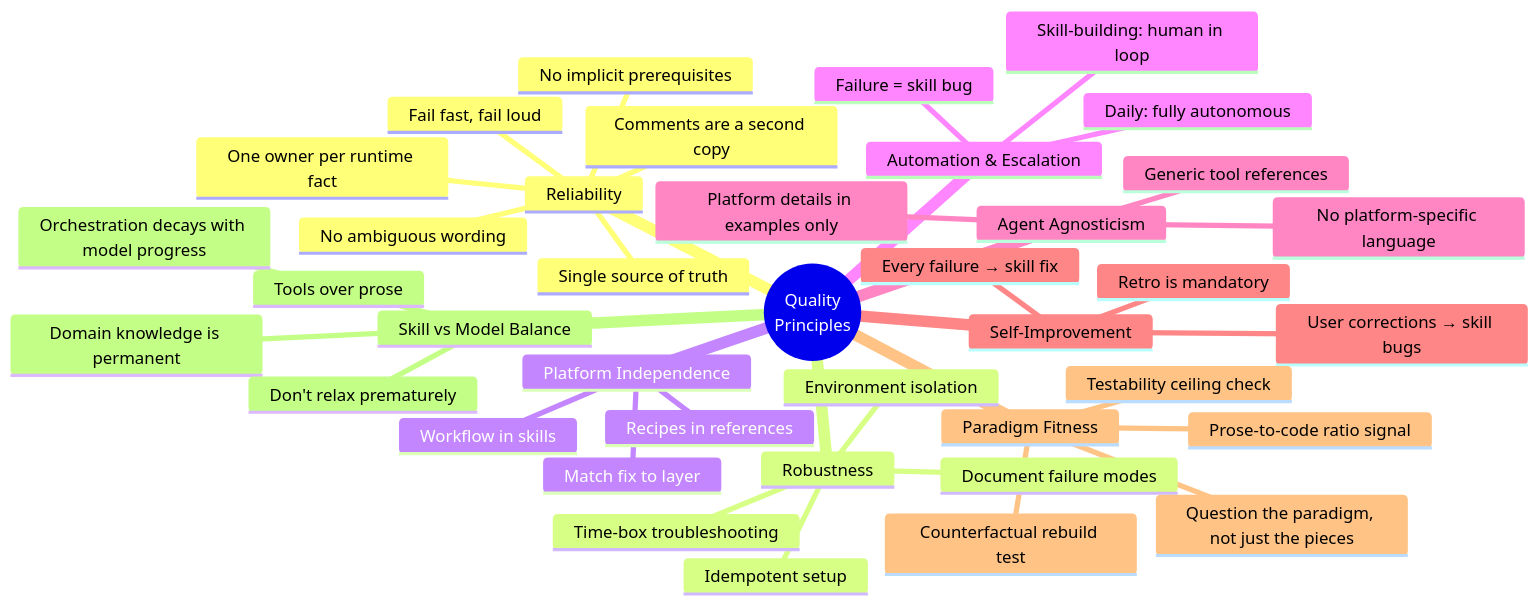
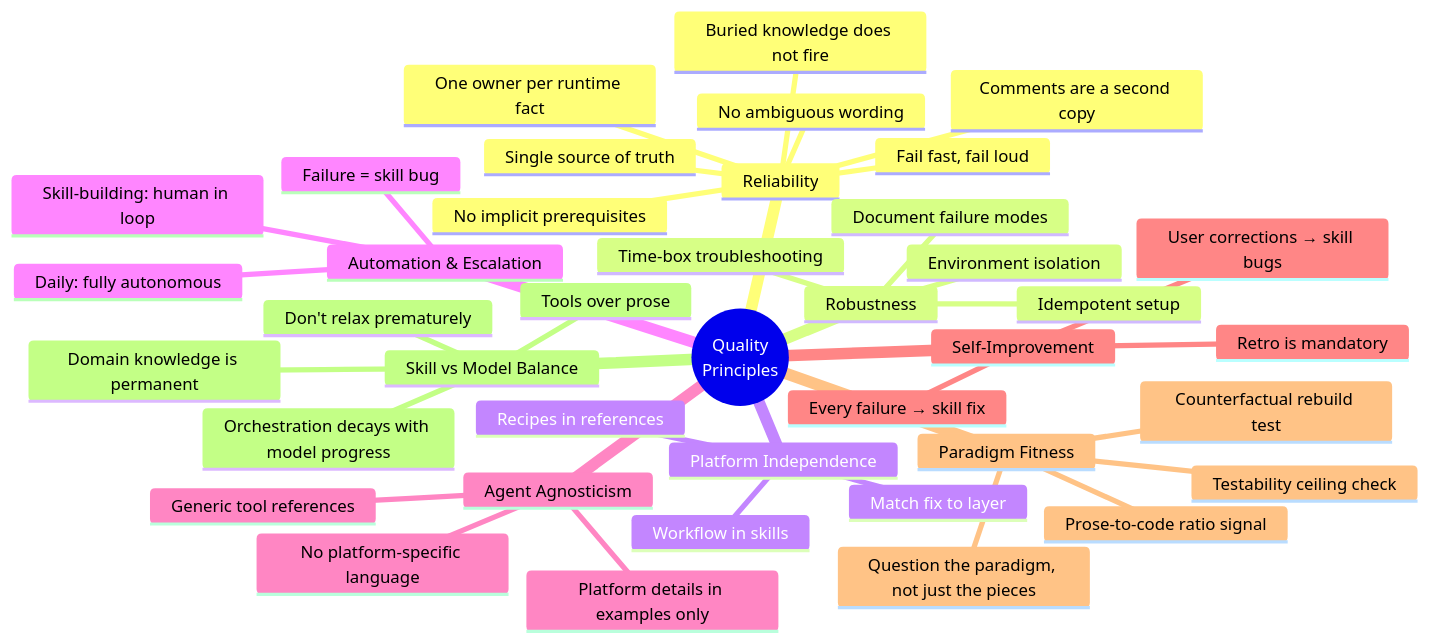
The first of 3 diagrams in ac-reviewing-codebase/references/quality-principles.md (souliane/skills), drawn with Mermaid before and after one commit. The commit also changed other lines of this file and 3 other files, not shown here.

First line of the commit message:
docs(ac-reviewing-codebase): promote duplication and buried knowledge into the rubrics (#61)

````diff
--- a/ac-reviewing-codebase/references/quality-principles.md
+++ b/ac-reviewing-codebase/references/quality-principles.md
@@ -5,42 +5,43 @@
 ```mermaid
 mindmap
   root((Quality<br/>Principles))
     Reliability
       No implicit prerequisites
       No ambiguous wording
       Fail fast, fail loud
       Single source of truth
       One owner per runtime fact
       Comments are a second copy
+      Buried knowledge does not fire
     Robustness
       Document failure modes
       Time-box troubleshooting
       Environment isolation
       Idempotent setup
     Platform Independence
       Workflow in skills
       Recipes in references
       Match fix to layer
     Automation & Escalation
       Daily: fully autonomous
       Skill-building: human in loop
       Failure = skill bug
     Agent Agnosticism
       No platform-specific language
       Generic tool references
       Platform details in examples only
     Self-Improvement
       Every failure → skill fix
       Retro is mandatory
       User corrections → skill bugs
     Paradigm Fitness
       Question the paradigm, not just the pieces
       Counterfactual rebuild test
       Prose-to-code ratio signal
       Testability ceiling check
     Skill vs Model Balance
       Domain knowledge is permanent
       Orchestration decays with model progress
       Tools over prose
       Don't relax prematurely
 ```
````
